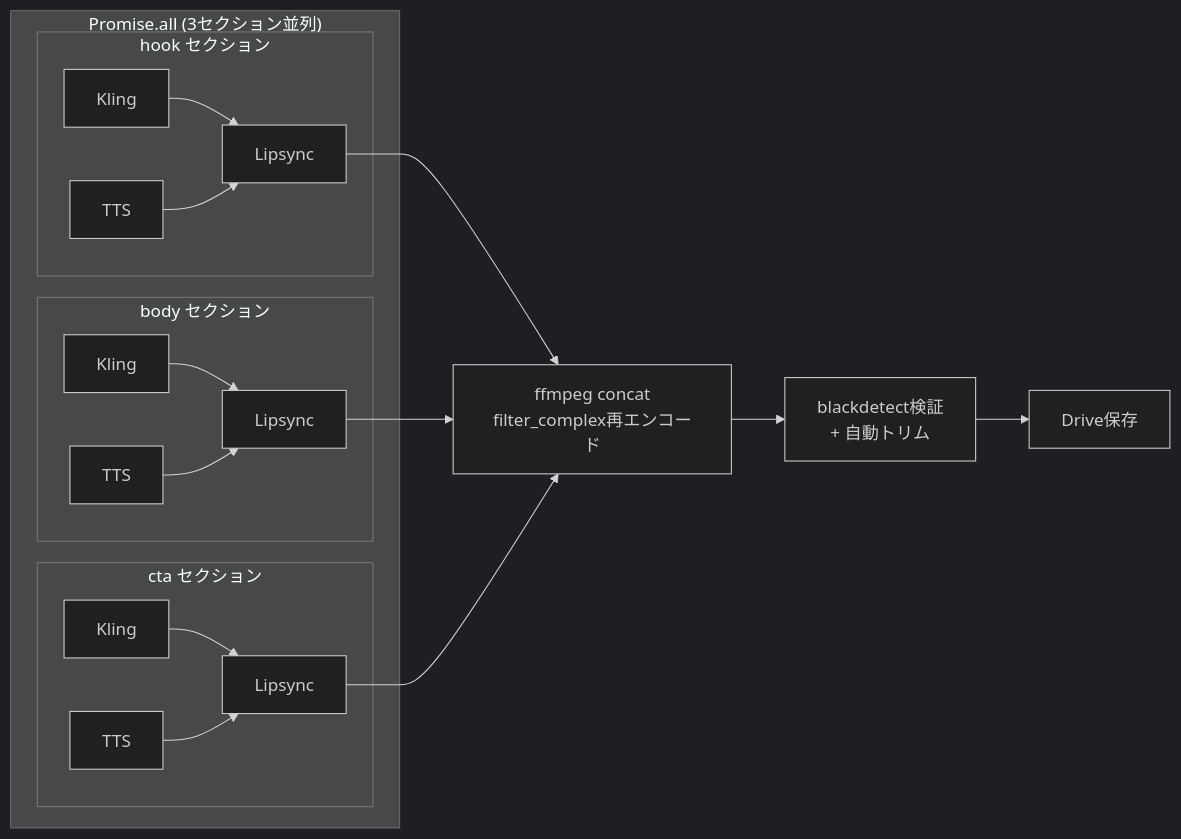
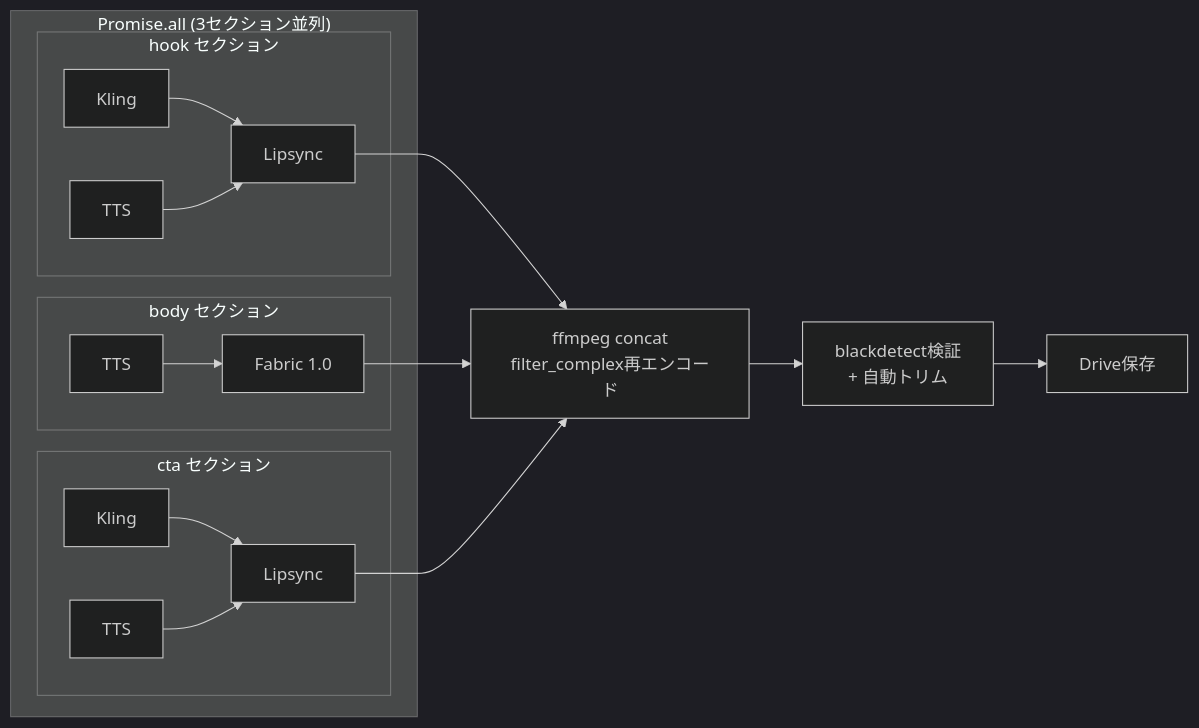
One commit to Ceed-dev/ai-influencer changed the second of 2 diagrams in docs/ARCHITECTURE.md. Above: the diagram before and after it, drawn with Mermaid (dark theme). The commit also changed other lines of this file and 5 other files, not shown here.

First line of the commit message:
feat: Body section uses Fabric 1.0 instead of Kling+Lipsync

````diff
--- a/docs/ARCHITECTURE.md
+++ b/docs/ARCHITECTURE.md
@@ -171,22 +178,21 @@
 ```mermaid
 graph LR
     subgraph 並列["Promise.all (3セクション並列)"]
         subgraph Hook["hook セクション"]
             HK[Kling] --> HL[Lipsync]
             HT[TTS] --> HL
         end
         subgraph Body["body セクション"]
-            BK[Kling] --> BL[Lipsync]
-            BT[TTS] --> BL
+            BT[TTS] --> BF[Fabric 1.0]
         end
         subgraph CTA["cta セクション"]
             CK[Kling] --> CL[Lipsync]
             CT[TTS] --> CL
         end
     end
     HL --> FF[ffmpeg concat<br/>filter_complex再エンコード]
-    BL --> FF
+    BF --> FF
     CL --> FF
     FF --> BV[blackdetect検証<br/>+ 自動トリム]
     BV --> DR[Drive保存]
 ```
````
